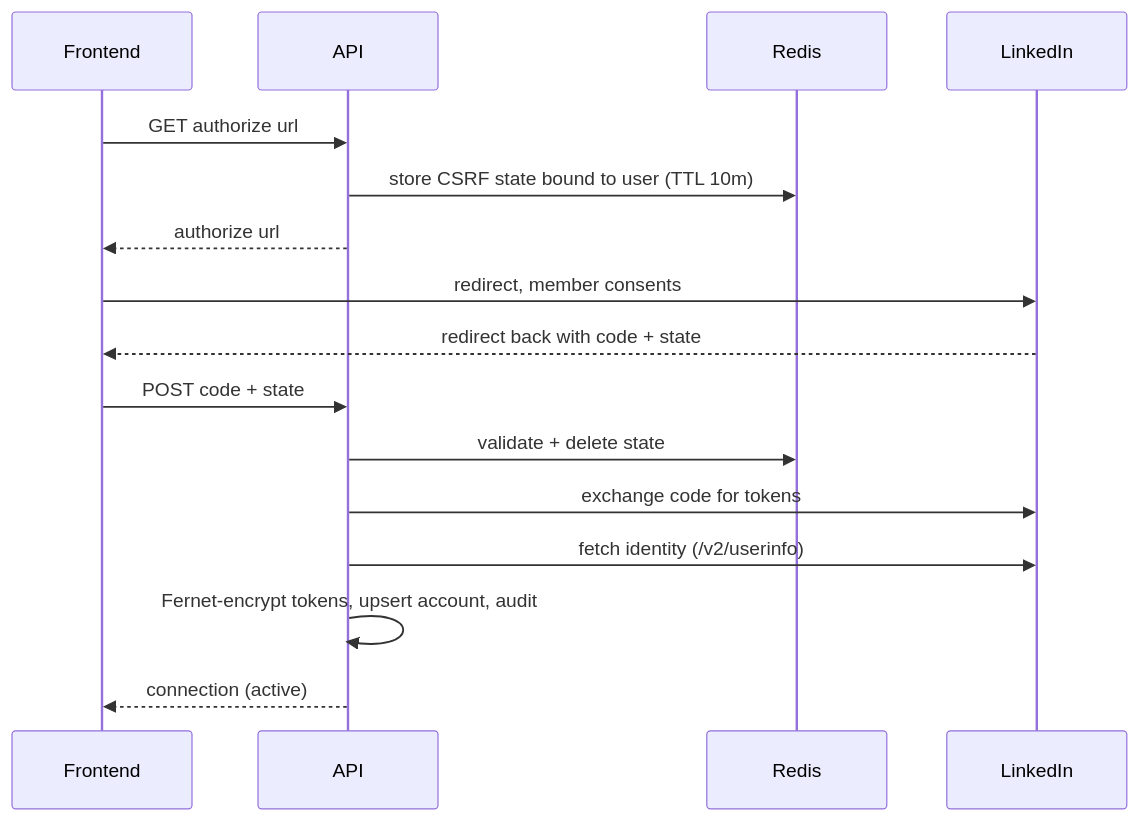
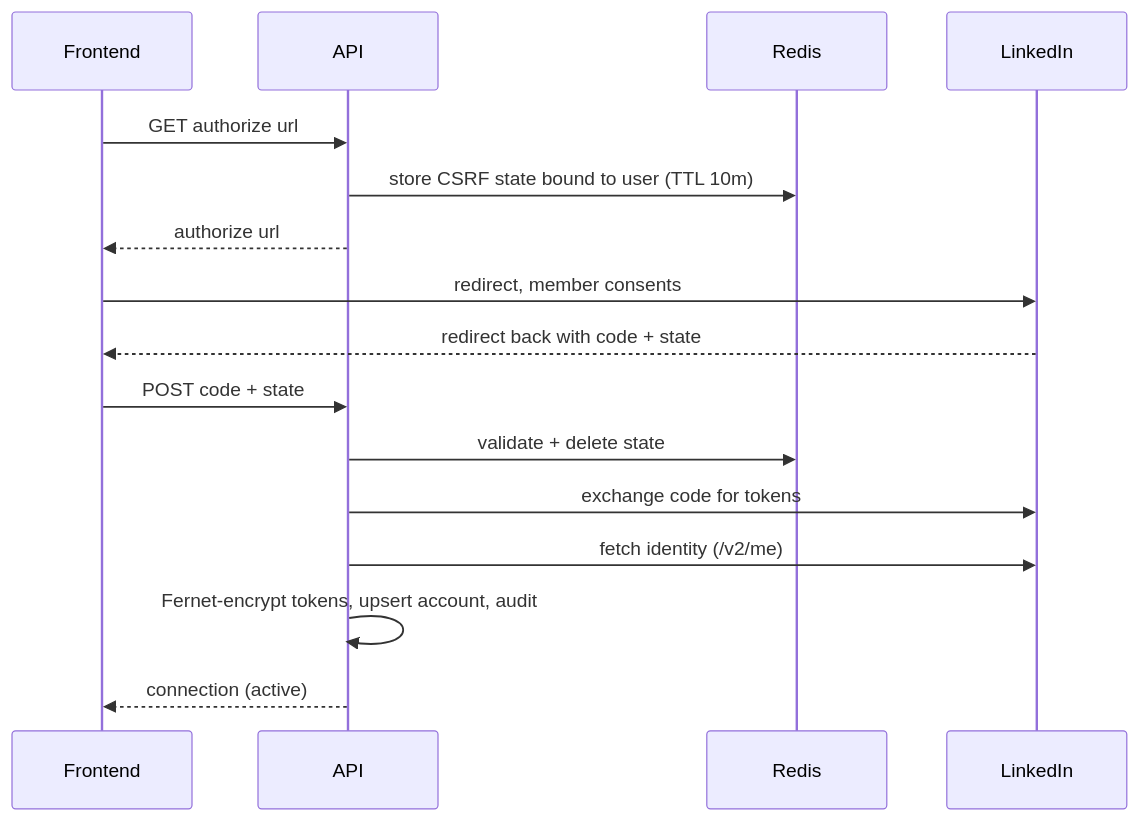
Before and after one commit to S1LV3RJ1NX/superHype: the fifth of 7 diagrams in docs/ARCHITECTURE.md, drawn with Mermaid. The commit also changed other lines of this file and 27 other files, not shown here.

````diff
--- a/docs/ARCHITECTURE.md
+++ b/docs/ARCHITECTURE.md
@@ -345,18 +345,18 @@
 ```mermaid
 sequenceDiagram
     participant FE as Frontend
     participant API as API
     participant Redis as Redis
     participant LI as LinkedIn
     FE->>API: GET authorize url
     API->>Redis: store CSRF state bound to user (TTL 10m)
     API-->>FE: authorize url
     FE->>LI: redirect, member consents
     LI-->>FE: redirect back with code + state
     FE->>API: POST code + state
     API->>Redis: validate + delete state
     API->>LI: exchange code for tokens
-    API->>LI: fetch identity (/v2/userinfo)
+    API->>LI: fetch identity (/v2/me)
     API->>API: Fernet-encrypt tokens, upsert account, audit
     API-->>FE: connection (active)
 ```
````
